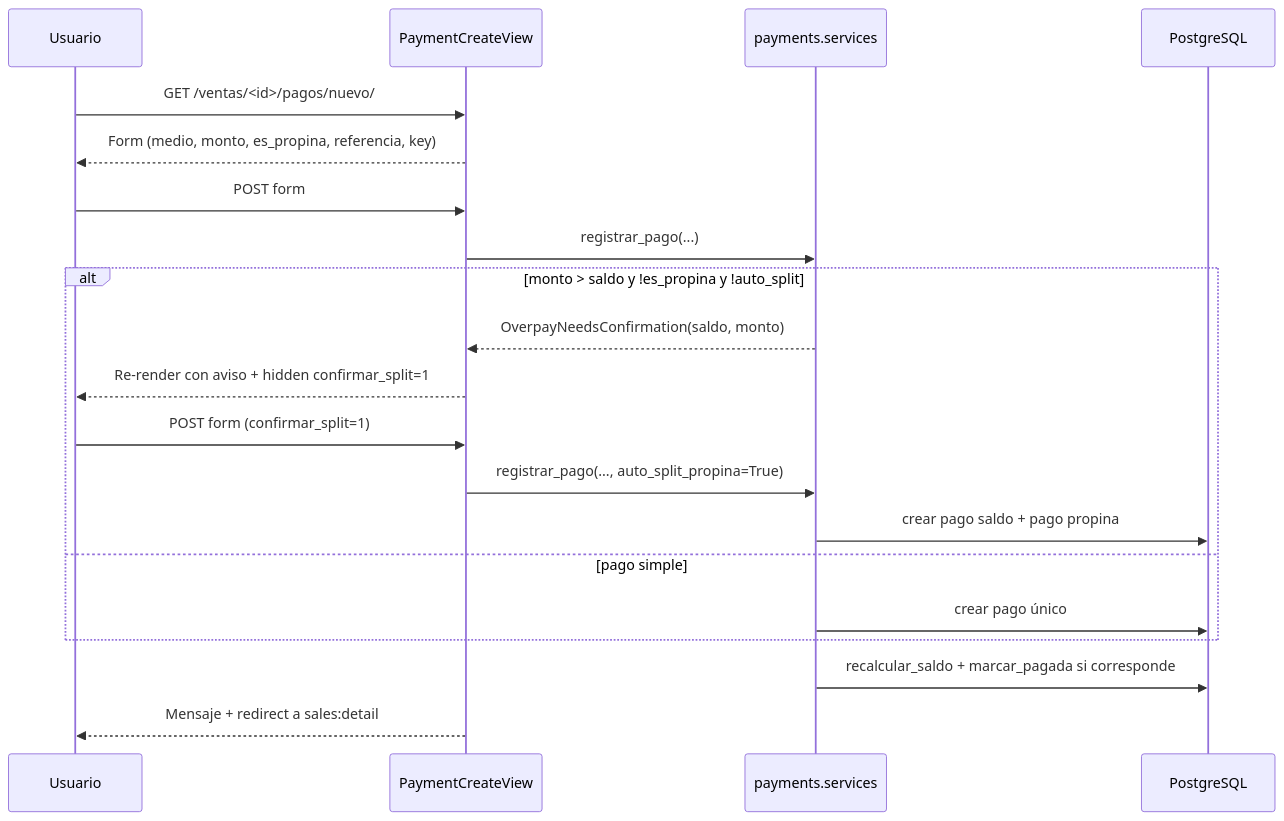
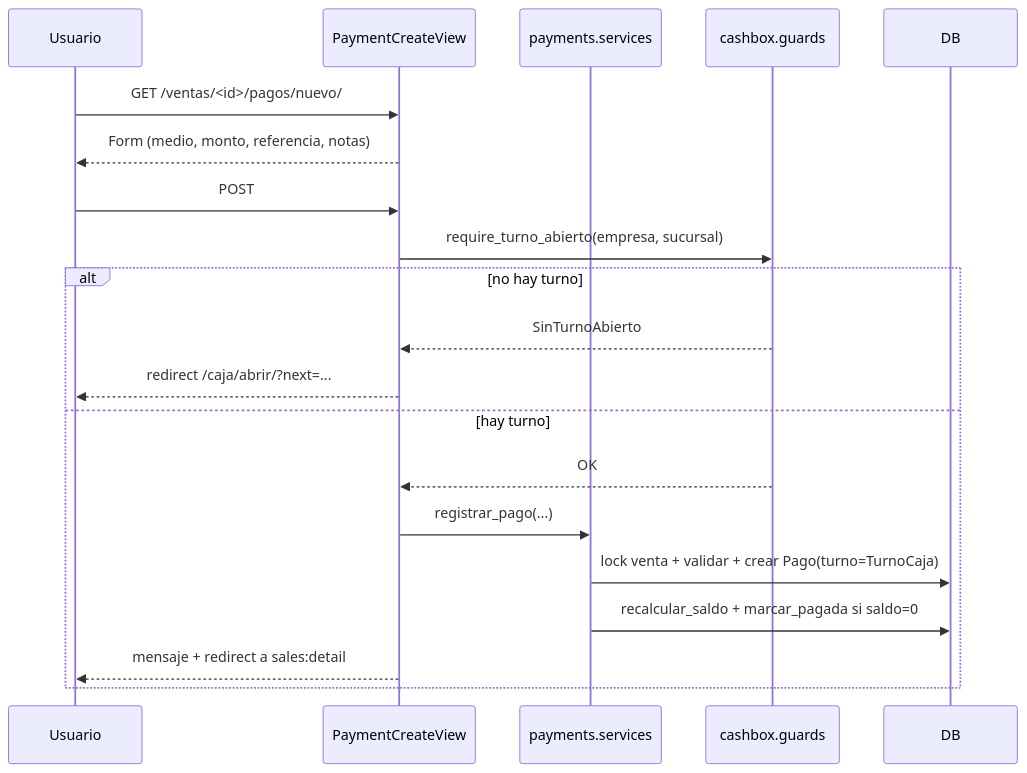
Before and after one commit to IgnacioVelazquez92/LavaderApp: diagram 32 of 35 in README.md, drawn with Mermaid. The commit also changed other lines of this file and 39 other files, not shown here.

````diff
--- a/README.md
+++ b/README.md
@@ -3166,24 +2998,24 @@
 ```mermaid
 sequenceDiagram
   participant U as Usuario
   participant VW as PaymentCreateView
   participant S as payments.services
-  participant DB as PostgreSQL
+  participant G as cashbox.guards
+  participant DB as DB
 
   U->>VW: GET /ventas/<id>/pagos/nuevo/
-  VW-->>U: Form (medio, monto, es_propina, referencia, key)
+  VW-->>U: Form (medio, monto, referencia, notas)
 
-  U->>VW: POST form
-  VW->>S: registrar_pago(...)
-  alt monto > saldo y !es_propina y !auto_split
-    S-->>VW: OverpayNeedsConfirmation(saldo, monto)
-    VW-->>U: Re-render con aviso + hidden confirmar_split=1
-    U->>VW: POST form (confirmar_split=1)
-    VW->>S: registrar_pago(..., auto_split_propina=True)
-    S->>DB: crear pago saldo + pago propina
-  else pago simple
-    S->>DB: crear pago único
+  U->>VW: POST
+  VW->>G: require_turno_abierto(empresa, sucursal)
+  alt no hay turno
+    G-->>VW: SinTurnoAbierto
+    VW-->>U: redirect /caja/abrir/?next=...
+  else hay turno
+    G-->>VW: OK
+    VW->>S: registrar_pago(...)
+    S->>DB: lock venta + validar + crear Pago(turno=TurnoCaja)
+    S->>DB: recalcular_saldo + marcar_pagada si saldo=0
+    VW-->>U: mensaje + redirect a sales:detail
   end
-  S->>DB: recalcular_saldo + marcar_pagada si corresponde
-  VW-->>U: Mensaje + redirect a sales:detail
 ```
````
